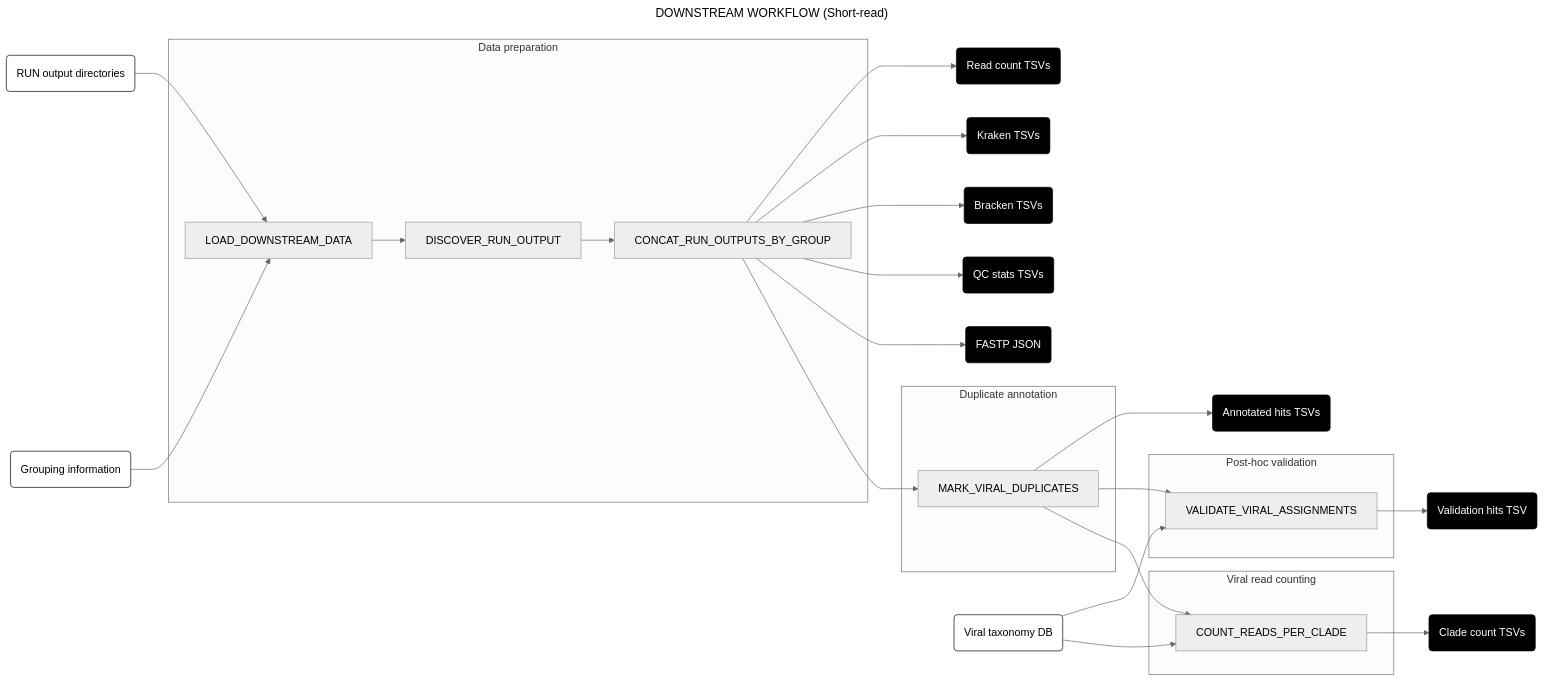
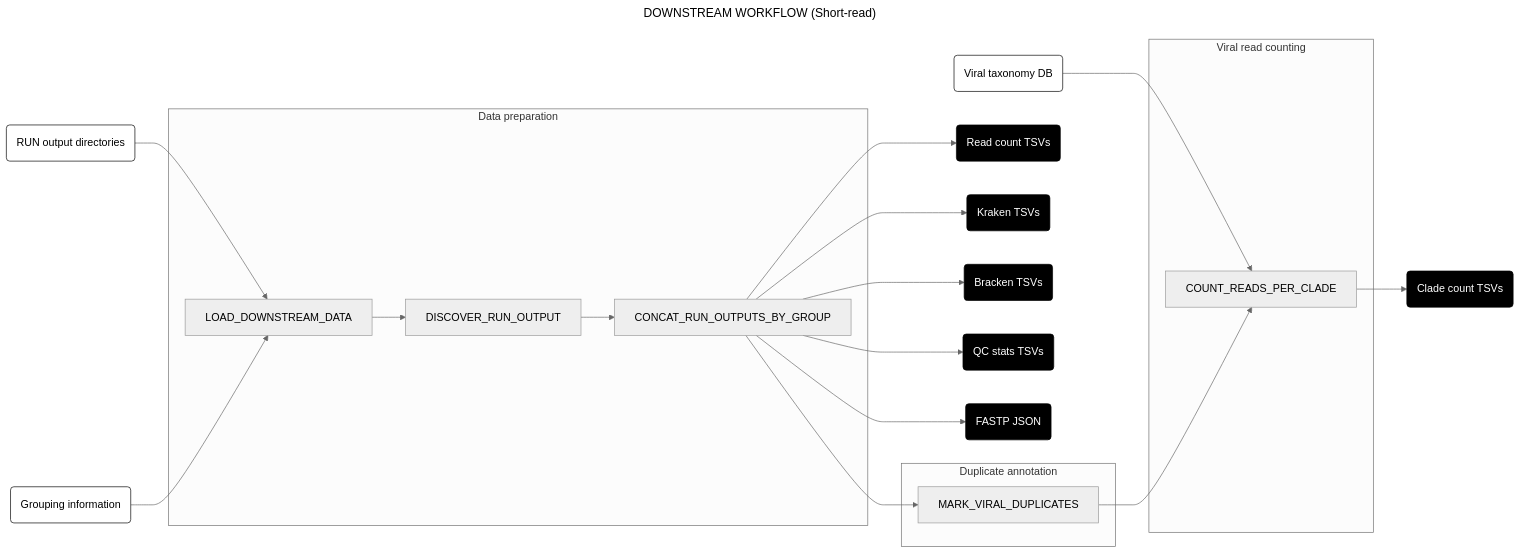
Before and after one commit to securebio/det-mclaren-2026-airplane-wastewater-mgs-workflow: the first of 4 diagrams in docs/downstream.md, drawn with Mermaid (neutral theme). The commit also changed other lines of this file and 13 other files, not shown here.

````diff
--- a/docs/downstream.md
+++ b/docs/downstream.md
@@ -17,49 +17,40 @@
 ```mermaid
 ---
 title: DOWNSTREAM WORKFLOW (Short-read)
 config:
   layout: horizontal
 ---
 flowchart LR
 A(RUN output directories) & B(Grouping information) --> C[LOAD_DOWNSTREAM_DATA]
 C --> N[DISCOVER_RUN_OUTPUT]
 N --> O[CONCAT_RUN_OUTPUTS_BY_GROUP]
 O --> S(Read count TSVs)
 O --> KR(Kraken TSVs)
 O --> BR(Bracken TSVs)
 O --> QC(QC stats TSVs)
 O --> FJ(FASTP JSON)
 O --> E[MARK_VIRAL_DUPLICATES]
-E --> J(Annotated hits TSVs)
-E --> F[VALIDATE_VIRAL_ASSIGNMENTS]
-G(Viral taxonomy DB) --> F
-F --> H(Validation hits TSV)
-G --> L[COUNT_READS_PER_CLADE]
+G(Viral taxonomy DB) --> L[COUNT_READS_PER_CLADE]
 E --> L
 L --> M(Clade count TSVs)
 subgraph "Data preparation"
 C
 N
 O
 end
 subgraph "Duplicate annotation"
 E
 end
-subgraph "Post-hoc validation"
-F
-end
 subgraph "Viral read counting"
 L
 end
 style A fill:#fff,stroke:#000
 style B fill:#fff,stroke:#000
 style G fill:#fff,stroke:#000
-style H fill:#000,color:#fff,stroke:#000
-style J fill:#000,color:#fff,stroke:#000
 style M fill:#000,color:#fff,stroke:#000
 style S fill:#000,color:#fff,stroke:#000
 style KR fill:#000,color:#fff,stroke:#000
 style BR fill:#000,color:#fff,stroke:#000
 style QC fill:#000,color:#fff,stroke:#000
 style FJ fill:#000,color:#fff,stroke:#000
 ```
````
